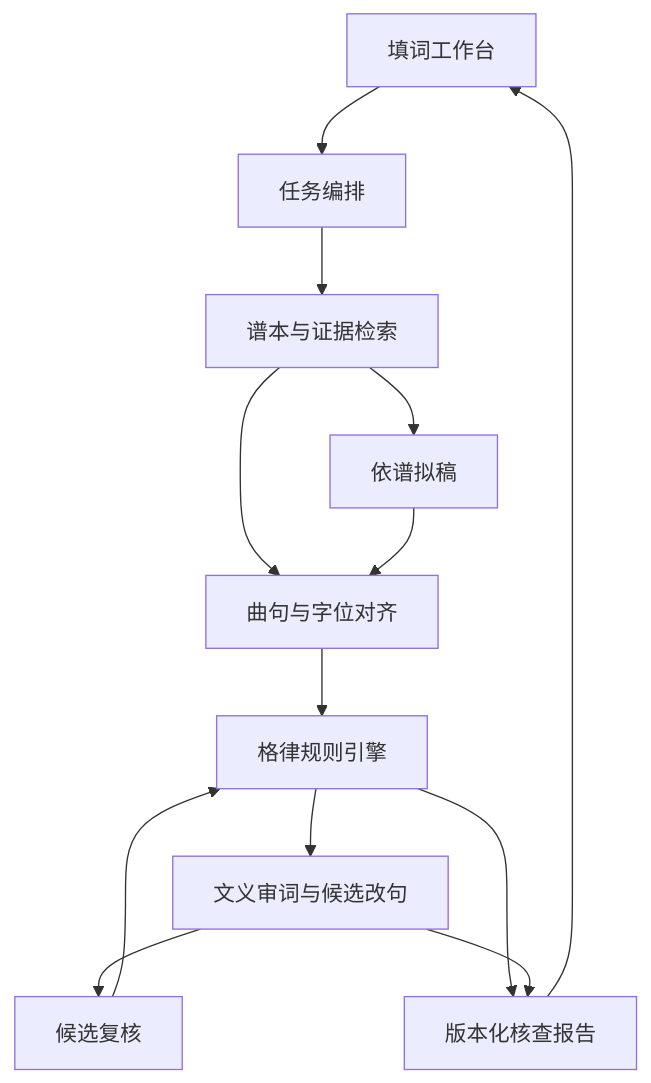
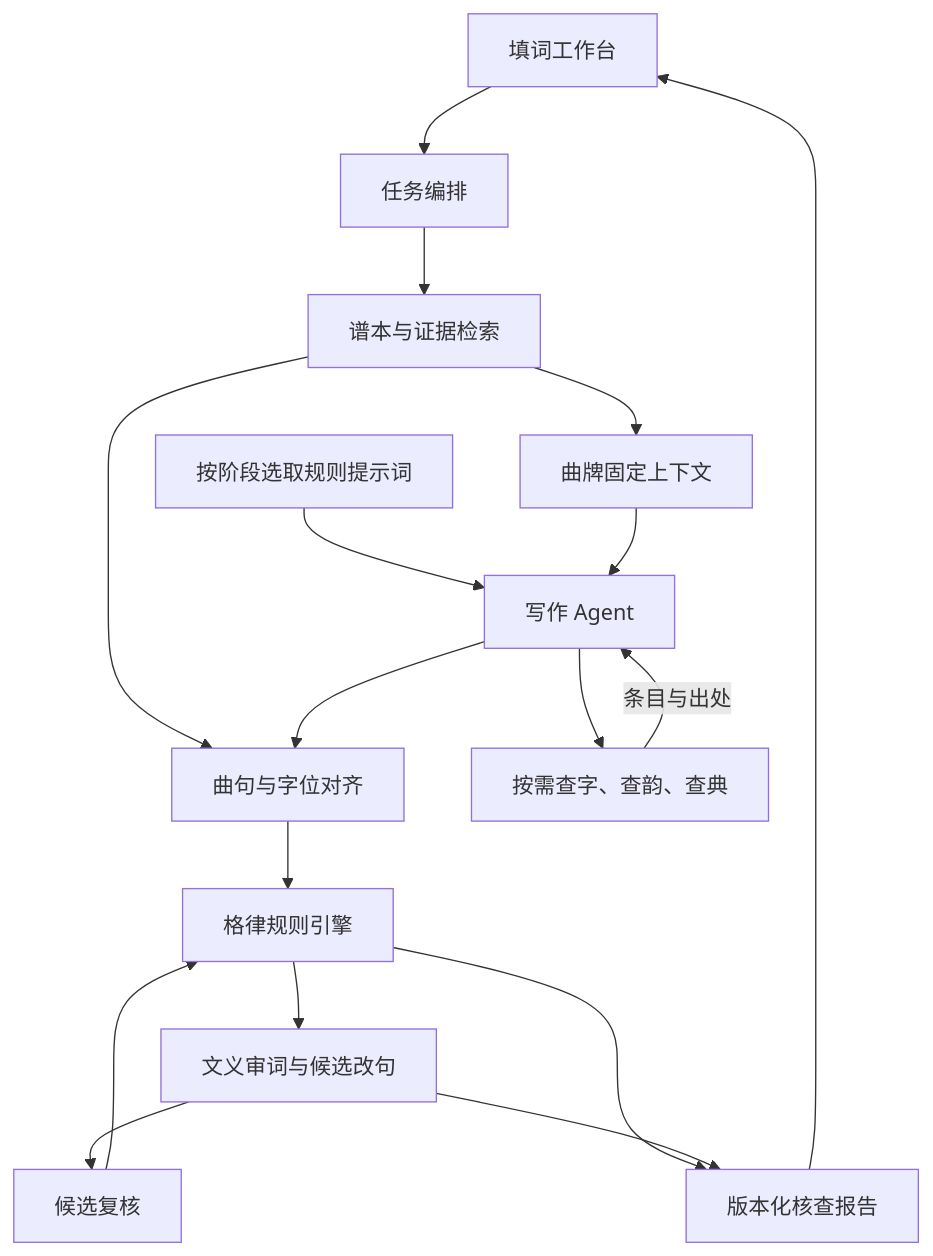
One commit to Zijun-Mo/kunqu-lyrics-rules changed the diagram in docs/design/architecture.md. Above: the diagram before and after it, drawn with Mermaid. The commit also changed other lines of this file, not shown here.

````diff
--- a/docs/design/architecture.md
+++ b/docs/design/architecture.md
@@ -9,15 +9,19 @@
 ```mermaid
 flowchart TD
     U["填词工作台"] --> O["任务编排"]
     O --> E["谱本与证据检索"]
     E --> A["曲句与字位对齐"]
-    E --> G["依谱拟稿"]
+    E --> C["曲牌固定上下文"]
+    S["按阶段选取规则提示词"] --> G["写作 Agent"]
+    C --> G
+    G --> T["按需查字、查韵、查典"]
+    T -->|条目与出处| G
     G --> A
     A --> K["格律规则引擎"]
     K --> H["文义审词与候选改句"]
     H --> P["候选复核"]
     P --> K
     K --> R["版本化核查报告"]
     H --> R
     R --> U
 ```
````
